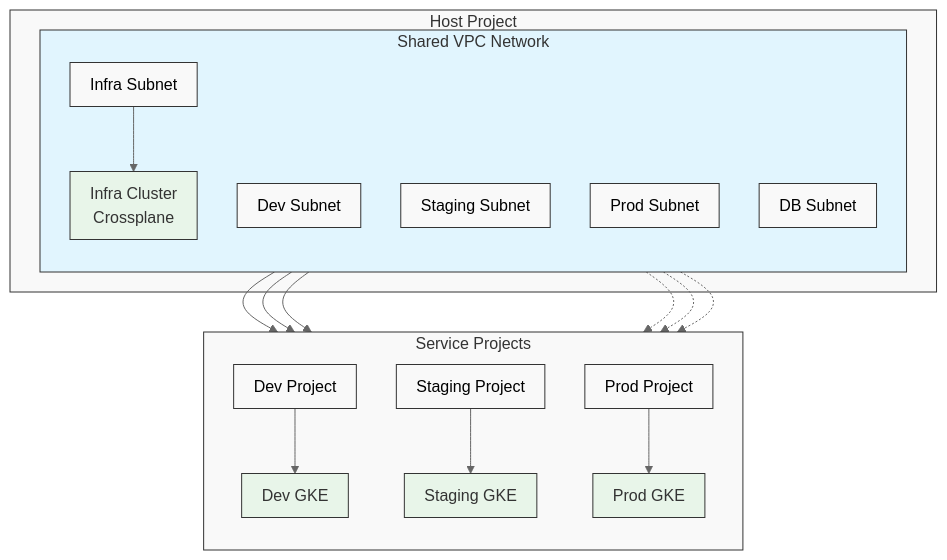
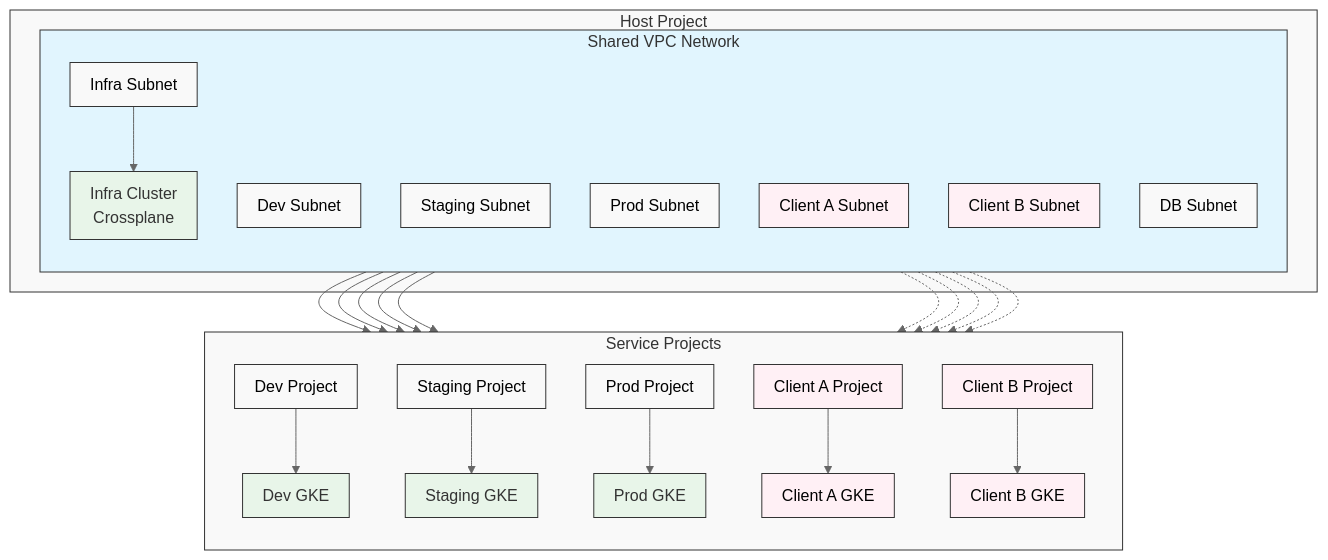
One commit to Mdaftab/infra-Platform-for-B2B changed the first of 2 diagrams in README.md. Above: the diagram before and after it, drawn with Mermaid. The commit also changed other lines of this file and 8 other files, not shown here.

````diff
--- a/README.md
+++ b/README.md
@@ -18,40 +18,50 @@
 ```mermaid
 %%{init: {'theme': 'neutral', 'flowchart': { 'curve': 'basis', 'nodeSpacing': 40, 'rankSpacing': 40, 'padding': 10 }}}%%
 graph TB
     subgraph HP[Host Project]
         subgraph VPC[Shared VPC Network]
             direction TB
             IS[Infra Subnet]
             DS[Dev Subnet]
             SS[Staging Subnet]
             PS[Prod Subnet]
+            CS1[Client A Subnet]
+            CS2[Client B Subnet]
             DBS[DB Subnet]
             IC[Infra Cluster<br>Crossplane]
             
             IS --> IC
         end
     end
     
     subgraph SP[Service Projects]
         direction TB
         DP[Dev Project] --> DC[Dev GKE]
         StP[Staging Project] --> SC[Staging GKE]
         PP[Prod Project] --> PC[Prod GKE]
+        CP1[Client A Project] --> CC1[Client A GKE]
+        CP2[Client B Project] --> CC2[Client B GKE]
     end
     
     IC --> DC
     IC --> SC
     IC --> PC
+    IC --> CC1
+    IC --> CC2
     
     DS -.-> DC
     SS -.-> SC
     PS -.-> PC
+    CS1 -.-> CC1
+    CS2 -.-> CC2
     
     classDef default fill:#f9f9f9,stroke:#333,stroke-width:1px;
     classDef vpc fill:#e1f5fe,stroke:#333,stroke-width:1px;
     classDef cluster fill:#e8f5e9,stroke:#333,stroke-width:1px;
+    classDef client fill:#fff0f5,stroke:#333,stroke-width:1px;
     
     class HP,SP default;
     class VPC vpc;
     class IC,DC,SC,PC cluster;
+    class CS1,CS2,CP1,CP2,CC1,CC2 client;
 ```
````
